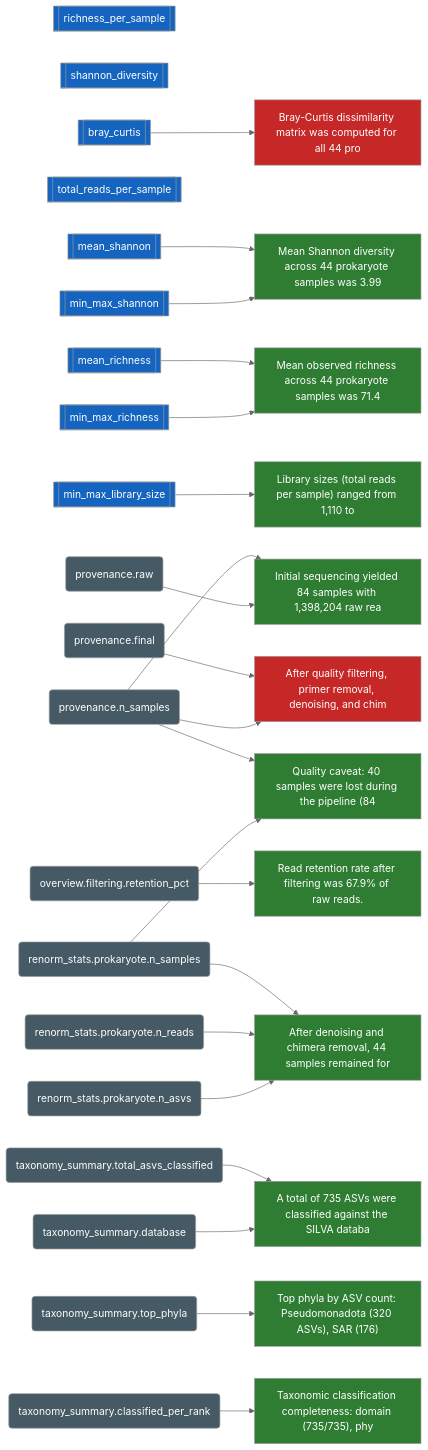
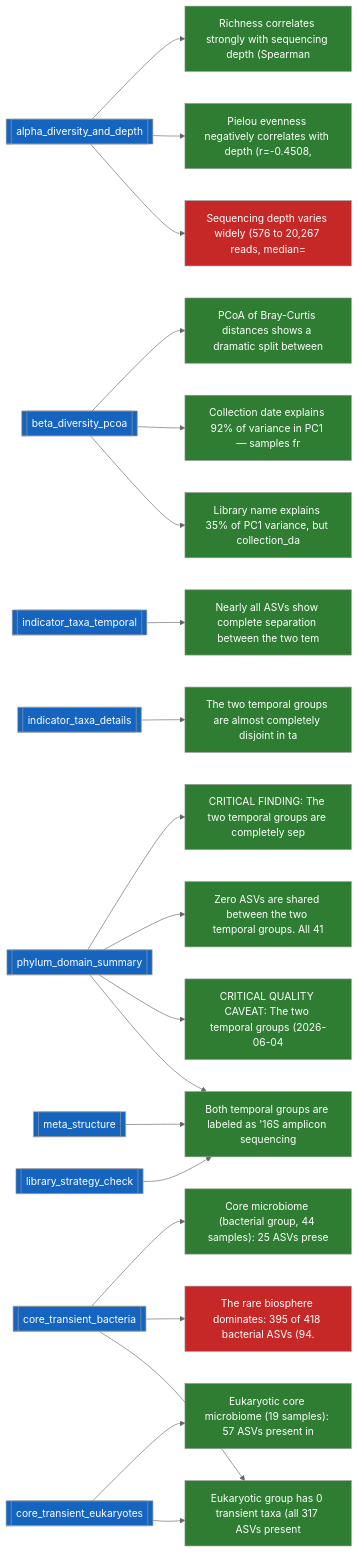
The diagram in tests/bench/writings/real_1543a4c1/claims_dag.md (open-community-science/omc-platform), drawn with Mermaid (neutral theme) before and after one commit. The commit also changed other lines of this file and 6 other files, not shown here.

````diff
--- a/tests/bench/writings/real_1543a4c1/claims_dag.md
+++ b/tests/bench/writings/real_1543a4c1/claims_dag.md
@@ -7,87 +7,72 @@
 ```mermaid
 graph LR
-  c1[["richness_per_sample"]]
+  c1[["alpha_diversity_and_depth"]]
   style c1 fill:#1565c0,color:#fff
-  c2[["shannon_diversity"]]
+  c2[["beta_diversity_pcoa"]]
   style c2 fill:#1565c0,color:#fff
-  c3[["bray_curtis"]]
+  c3[["indicator_taxa_temporal"]]
   style c3 fill:#1565c0,color:#fff
-  c4[["total_reads_per_sample"]]
+  c4[["indicator_taxa_details"]]
   style c4 fill:#1565c0,color:#fff
-  c5[["mean_shannon"]]
+  c5[["phylum_domain_summary"]]
   style c5 fill:#1565c0,color:#fff
-  c6[["mean_richness"]]
+  c6[["meta_structure"]]
   style c6 fill:#1565c0,color:#fff
-  c7[["min_max_richness"]]
+  c7[["library_strategy_check"]]
   style c7 fill:#1565c0,color:#fff
-  c8[["min_max_shannon"]]
+  c8[["core_transient_bacteria"]]
   style c8 fill:#1565c0,color:#fff
-  c9[["min_max_library_size"]]
+  c9[["core_transient_eukaryotes"]]
   style c9 fill:#1565c0,color:#fff
-  k1["Initial sequencing yielded 84 samples with 1,398,204 raw rea"]
+  k1["Richness correlates strongly with sequencing depth (Spearman"]
   style k1 fill:#2e7d32,color:#fff
-  provenance.n_samples("provenance.n_samples")
-  style provenance.n_samples fill:#455a64,color:#fff
-  provenance.raw("provenance.raw")
-  style provenance.raw fill:#455a64,color:#fff
-  k2["After quality filtering, primer removal, denoising, and chim"]
-  style k2 fill:#c62828,color:#fff
-  provenance.final("provenance.final")
-  style provenance.final fill:#455a64,color:#fff
-  k3["Read retention rate after filtering was 67.9% of raw reads."]
-  style k3 fill:#2e7d32,color:#fff
-  overview.filtering.retention_pct("overview.filtering.retention_pct")
-  style overview.filtering.retention_pct fill:#455a64,color:#fff
-  k4["After denoising and chimera removal, 44 samples remained for"]
+  k2["Pielou evenness negatively correlates with depth (r=-0.4508,"]
+  style k2 fill:#2e7d32,color:#fff
+  k3["Sequencing depth varies widely (576 to 20,267 reads, median="]
+  style k3 fill:#c62828,color:#fff
+  k4["PCoA of Bray-Curtis distances shows a dramatic split between"]
   style k4 fill:#2e7d32,color:#fff
-  renorm_stats.prokaryote.n_samples("renorm_stats.prokaryote.n_samples")
-  style renorm_stats.prokaryote.n_samples fill:#455a64,color:#fff
-  renorm_stats.prokaryote.n_reads("renorm_stats.prokaryote.n_reads")
-  style renorm_stats.prokaryote.n_reads fill:#455a64,color:#fff
-  renorm_stats.prokaryote.n_asvs("renorm_stats.prokaryote.n_asvs")
-  style renorm_stats.prokaryote.n_asvs fill:#455a64,color:#fff
-  k5["Quality caveat: 40 samples were lost during the pipeline (84"]
+  k5["Collection date explains 92% of variance in PC1 — samples fr"]
   style k5 fill:#2e7d32,color:#fff
-  k6["A total of 735 ASVs were classified against the SILVA databa"]
+  k6["Library name explains 35% of PC1 variance, but collection_da"]
   style k6 fill:#2e7d32,color:#fff
-  taxonomy_summary.total_asvs_classified("taxonomy_summary.total_asvs_classified")
-  style taxonomy_summary.total_asvs_classified fill:#455a64,color:#fff
-  taxonomy_summary.database("taxonomy_summary.database")
-  style taxonomy_summary.database fill:#455a64,color:#fff
-  k7["Top phyla by ASV count: Pseudomonadota (320 ASVs), SAR (176)"]
+  k7["Nearly all ASVs show complete separation between the two tem"]
   style k7 fill:#2e7d32,color:#fff
-  taxonomy_summary.top_phyla("taxonomy_summary.top_phyla")
-  style taxonomy_summary.top_phyla fill:#455a64,color:#fff
-  k8["Taxonomic classification completeness: domain (735/735), phy"]
+  k8["The two temporal groups are almost completely disjoint in ta"]
   style k8 fill:#2e7d32,color:#fff
-  taxonomy_summary.classified_per_rank("taxonomy_summary.classified_per_rank")
-  style taxonomy_summary.classified_per_rank fill:#455a64,color:#fff
-  k9["Mean Shannon diversity across 44 prokaryote samples was 3.99"]
+  k9["CRITICAL FINDING: The two temporal groups are completely sep"]
   style k9 fill:#2e7d32,color:#fff
-  k10["Mean observed richness across 44 prokaryote samples was 71.4"]
+  k10["Zero ASVs are shared between the two temporal groups. All 41"]
   style k10 fill:#2e7d32,color:#fff
-  k11["Library sizes (total reads per sample) ranged from 1,110 to "]
+  k11["CRITICAL QUALITY CAVEAT: The two temporal groups (2026-06-04"]
   style k11 fill:#2e7d32,color:#fff
-  k12["Bray-Curtis dissimilarity matrix was computed for all 44 pro"]
-  style k12 fill:#c62828,color:#fff
-  provenance.n_samples --> k1
-  provenance.raw --> k1
-  provenance.final --> k2
-  provenance.n_samples --> k2
-  overview.filtering.retention_pct --> k3
-  renorm_stats.prokaryote.n_samples --> k4
-  renorm_stats.prokaryote.n_reads --> k4
-  renorm_stats.prokaryote.n_asvs --> k4
-  provenance.n_samples --> k5
-  renorm_stats.prokaryote.n_samples --> k5
-  taxonomy_summary.total_asvs_classified --> k6
-  taxonomy_summary.database --> k6
-  taxonomy_summary.top_phyla --> k7
-  taxonomy_summary.classified_per_rank --> k8
+  k12["Both temporal groups are labeled as '16S amplicon sequencing"]
+  style k12 fill:#2e7d32,color:#fff
+  k13["Core microbiome (bacterial group, 44 samples): 25 ASVs prese"]
+  style k13 fill:#2e7d32,color:#fff
+  k14["The rare biosphere dominates: 395 of 418 bacterial ASVs (94."]
+  style k14 fill:#c62828,color:#fff
+  k15["Eukaryotic core microbiome (19 samples): 57 ASVs present in "]
+  style k15 fill:#2e7d32,color:#fff
+  k16["Eukaryotic group has 0 transient taxa (all 317 ASVs present "]
+  style k16 fill:#2e7d32,color:#fff
+  c1 --> k1
+  c1 --> k2
+  c1 --> k3
+  c2 --> k4
+  c2 --> k5
+  c2 --> k6
+  c3 --> k7
+  c4 --> k8
   c5 --> k9
-  c8 --> k9
-  c6 --> k10
-  c7 --> k10
-  c9 --> k11
-  c3 --> k12
+  c5 --> k10
+  c5 --> k11
+  c6 --> k12
+  c7 --> k12
+  c5 --> k12
+  c8 --> k13
+  c8 --> k14
+  c9 --> k15
+  c8 --> k16
+  c9 --> k16
 ```
````
